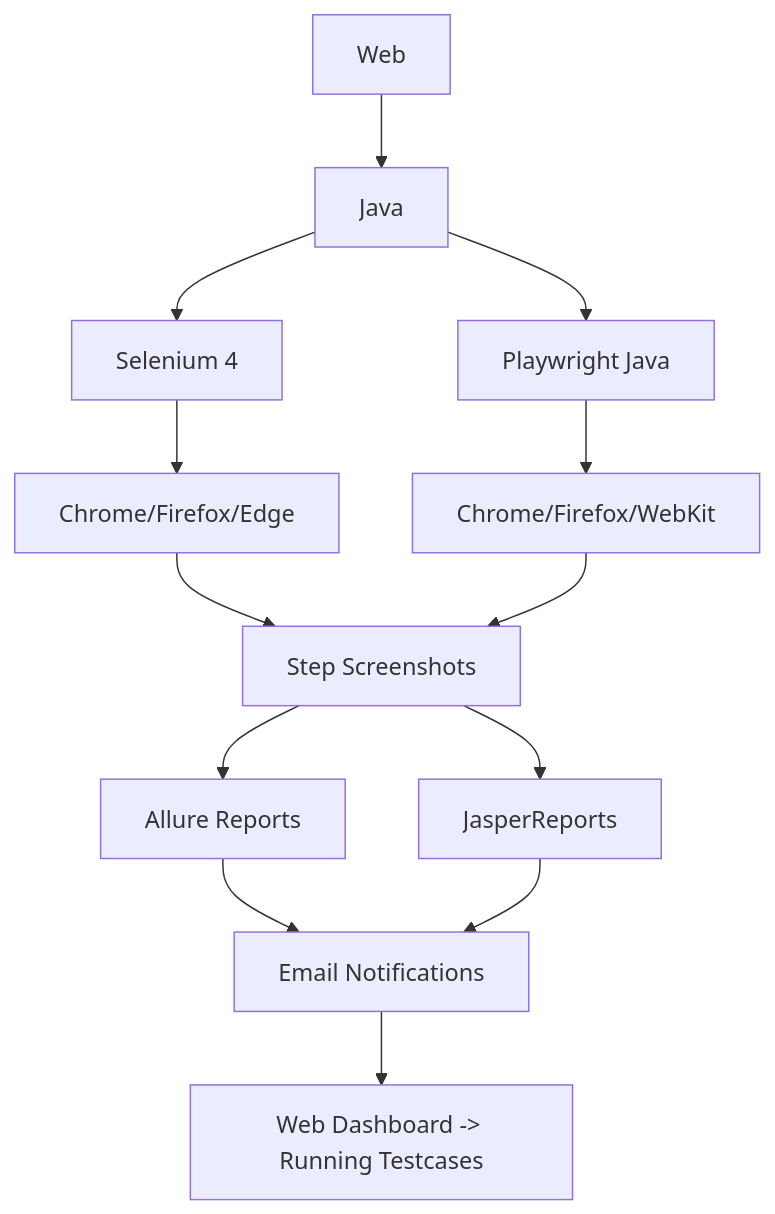
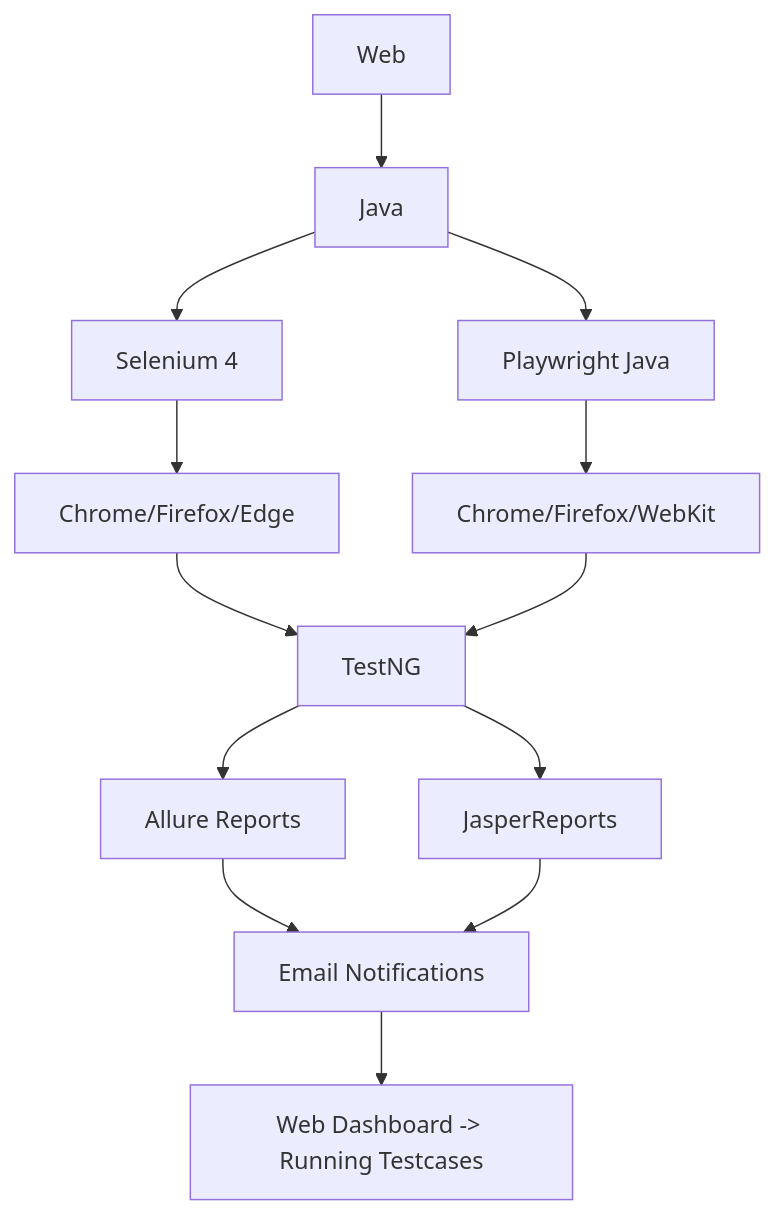
Before and after one commit to Ajay-Kumar-M/AutomationTool: the diagram in README.md, drawn with Mermaid.

Commit message:
readme update

````diff
--- a/README.md
+++ b/README.md
@@ -61,15 +61,15 @@
 ```mermaid
 graph TB
     A[Web] --> B[Java]
     B --> C[Selenium 4]
     B --> D[Playwright Java]
     C --> E[Chrome/Firefox/Edge]
     D --> F[Chrome/Firefox/WebKit]
-    E --> G[Step Screenshots]
+    E --> G[TestNG]
     F --> G
     G --> H[Allure Reports]
     G --> I[JasperReports]
     H --> J[Email Notifications]
     I --> J
     J --> K[Web Dashboard -> Running Testcases]
 ```
````
